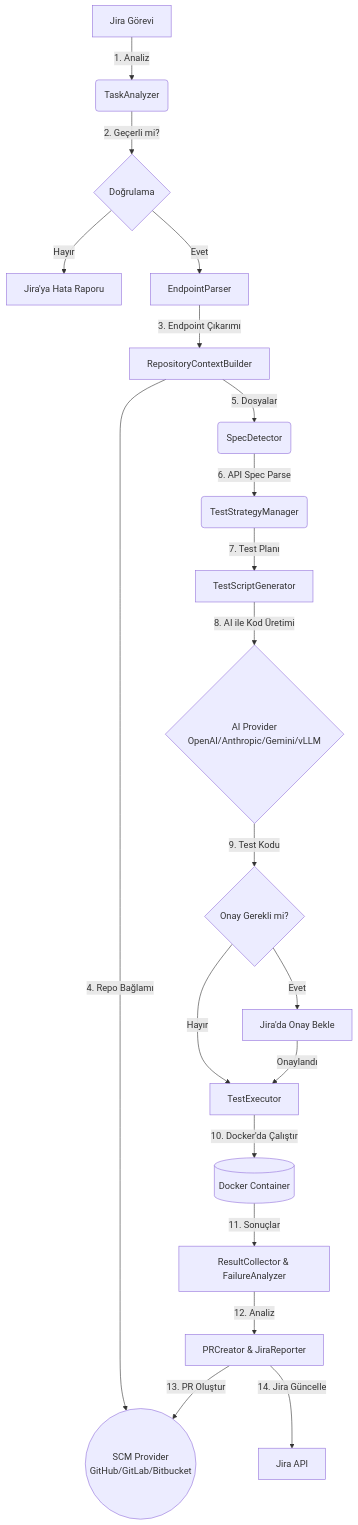
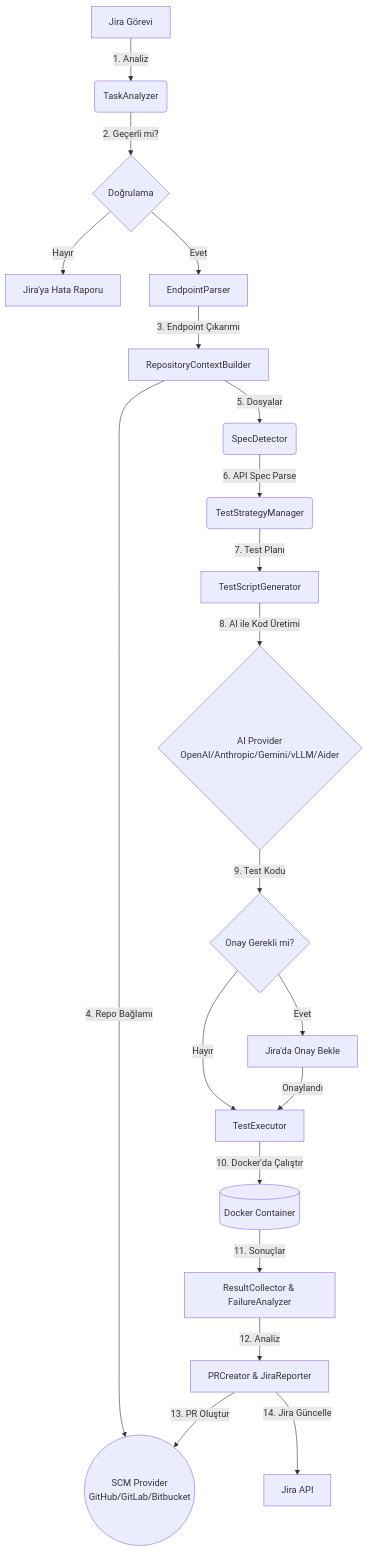
Before and after one commit to ahmetguness/mcp-jira-automation: the diagram in README.md, drawn with Mermaid. The commit also changed other lines of this file and 14 other files, not shown here.

First line of the commit message:
feat: add AiderProvider to AI provider options

````diff
--- a/README.md
+++ b/README.md
@@ -11,22 +11,22 @@
 ```mermaid
 graph TD
     A[Jira Görevi] -->|1. Analiz| B(TaskAnalyzer)
     B -->|2. Geçerli mi?| C{Doğrulama}
     C -->|Hayır| D[Jira'ya Hata Raporu]
     C -->|Evet| E[EndpointParser]
     E -->|3. Endpoint Çıkarımı| F[RepositoryContextBuilder]
     F -->|4. Repo Bağlamı| G((SCM Provider<br/>GitHub/GitLab/Bitbucket))
     F -->|5. Dosyalar| H(SpecDetector)
     H -->|6. API Spec Parse| I(TestStrategyManager)
     I -->|7. Test Planı| J[TestScriptGenerator]
-    J -->|8. AI ile Kod Üretimi| K{AI Provider<br/>OpenAI/Anthropic/Gemini/vLLM}
+    J -->|8. AI ile Kod Üretimi| K{AI Provider<br/>OpenAI/Anthropic/Gemini/vLLM/Aider}
     K -->|9. Test Kodu| L{Onay Gerekli mi?}
     L -->|Evet| M[Jira'da Onay Bekle]
     L -->|Hayır| N[TestExecutor]
     M -->|Onaylandı| N
     N -->|10. Docker'da Çalıştır| O[(Docker Container)]
     O -->|11. Sonuçlar| P[ResultCollector & FailureAnalyzer]
     P -->|12. Analiz| Q[PRCreator & JiraReporter]
     Q -->|13. PR Oluştur| G
     Q -->|14. Jira Güncelle| R[Jira API]
 ```
````
